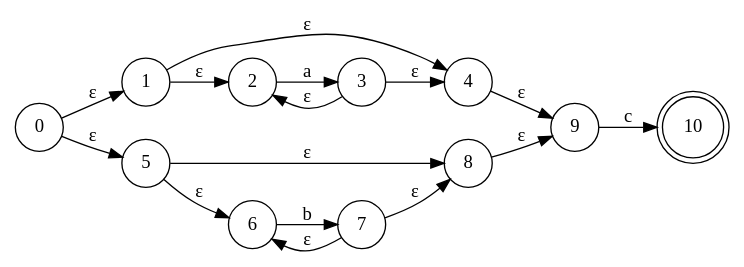
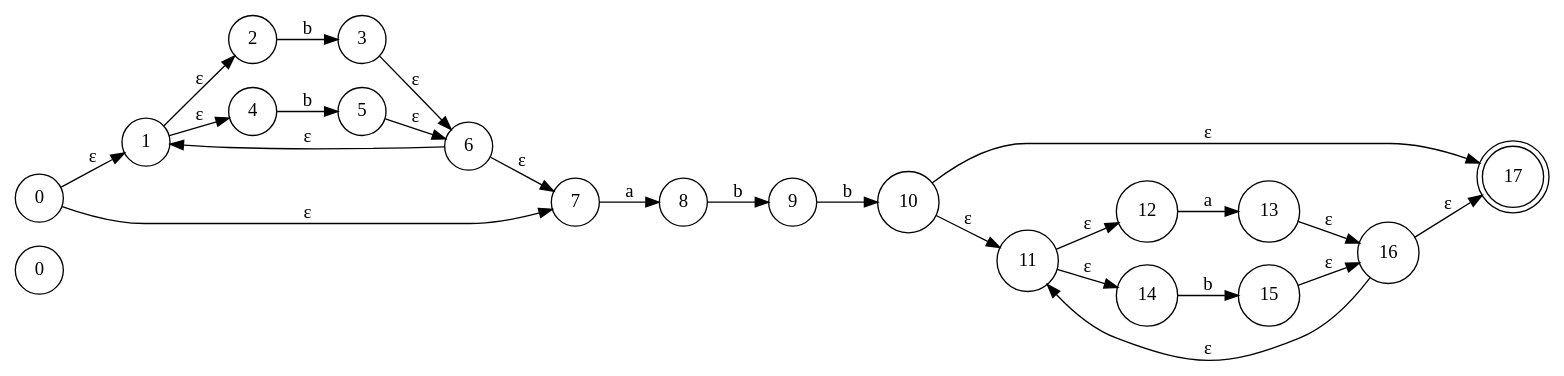
One commit to JoseGon20335/labC-lenguajes changed the diagram in AFN.gv. Above: the diagram before and after it, drawn with Graphviz. The commit also changed 20 other files, not shown here.

```diff
--- a/AFN.gv
+++ b/AFN.gv
@@ -1,30 +1,46 @@
 // resultado
 digraph AFN {
 	graph [rankdir=LR]
-	3162970084864 [label=0 shape=circle]
-	3162970094944 [label=1 shape=circle]
-	3162970094512 [label=4 shape=circle]
-	3162970084336 [label=2 shape=circle]
-	3162970094608 [label=3 shape=circle]
-	3162970093840 [label=5 shape=circle]
-	3162970093264 [label=8 shape=circle]
-	3162970093648 [label=6 shape=circle]
-	3162970093552 [label=7 shape=circle]
-	3162970084288 [label=9 shape=circle]
-	3162970092592 [label=10 shape=doublecircle]
-	3162970084864 -> 3162970094944 [label="ε"]
-	3162970084864 -> 3162970093840 [label="ε"]
-	3162970094944 -> 3162970084336 [label="ε"]
-	3162970094944 -> 3162970094512 [label="ε"]
-	3162970094512 -> 3162970084288 [label="ε"]
-	3162970084336 -> 3162970094608 [label=a]
-	3162970094608 -> 3162970094512 [label="ε"]
-	3162970094608 -> 3162970084336 [label="ε"]
-	3162970093840 -> 3162970093648 [label="ε"]
-	3162970093840 -> 3162970093264 [label="ε"]
-	3162970093264 -> 3162970084288 [label="ε"]
-	3162970093648 -> 3162970093552 [label=b]
-	3162970093552 -> 3162970093264 [label="ε"]
-	3162970093552 -> 3162970093648 [label="ε"]
-	3162970084288 -> 3162970092592 [label=c]
+	2107392320384 [label=0 shape=circle]
+	2107392320432 [label=0 shape=circle]
+	2107392321152 [label=1 shape=circle]
+	2107392322064 [label=6 shape=circle]
+	2107392321200 [label=2 shape=circle]
+	2107392321296 [label=3 shape=circle]
+	2107392321680 [label=4 shape=circle]
+	2107392321776 [label=5 shape=circle]
+	2107392322640 [label=7 shape=circle]
+	2107392320720 [label=8 shape=circle]
+	2107392319616 [label=9 shape=circle]
+	2107392319184 [label=10 shape=circle]
+	2107392323504 [label=17 shape=doublecircle]
+	2107392323408 [label=11 shape=circle]
+	2107392324464 [label=16 shape=circle]
+	2107392323600 [label=12 shape=circle]
+	2107392323696 [label=13 shape=circle]
+	2107392324080 [label=14 shape=circle]
+	2107392324176 [label=15 shape=circle]
+	2107392320432 -> 2107392321152 [label="ε"]
+	2107392320432 -> 2107392322640 [label="ε"]
+	2107392321152 -> 2107392321200 [label="ε"]
+	2107392321152 -> 2107392321680 [label="ε"]
+	2107392322064 -> 2107392322640 [label="ε"]
+	2107392322064 -> 2107392321152 [label="ε"]
+	2107392321200 -> 2107392321296 [label=b]
+	2107392321296 -> 2107392322064 [label="ε"]
+	2107392321680 -> 2107392321776 [label=b]
+	2107392321776 -> 2107392322064 [label="ε"]
+	2107392322640 -> 2107392320720 [label=a]
+	2107392320720 -> 2107392319616 [label=b]
+	2107392319616 -> 2107392319184 [label=b]
+	2107392319184 -> 2107392323408 [label="ε"]
+	2107392319184 -> 2107392323504 [label="ε"]
+	2107392323408 -> 2107392323600 [label="ε"]
+	2107392323408 -> 2107392324080 [label="ε"]
+	2107392324464 -> 2107392323504 [label="ε"]
+	2107392324464 -> 2107392323408 [label="ε"]
+	2107392323600 -> 2107392323696 [label=a]
+	2107392323696 -> 2107392324464 [label="ε"]
+	2107392324080 -> 2107392324176 [label=b]
+	2107392324176 -> 2107392324464 [label="ε"]
 }
```
